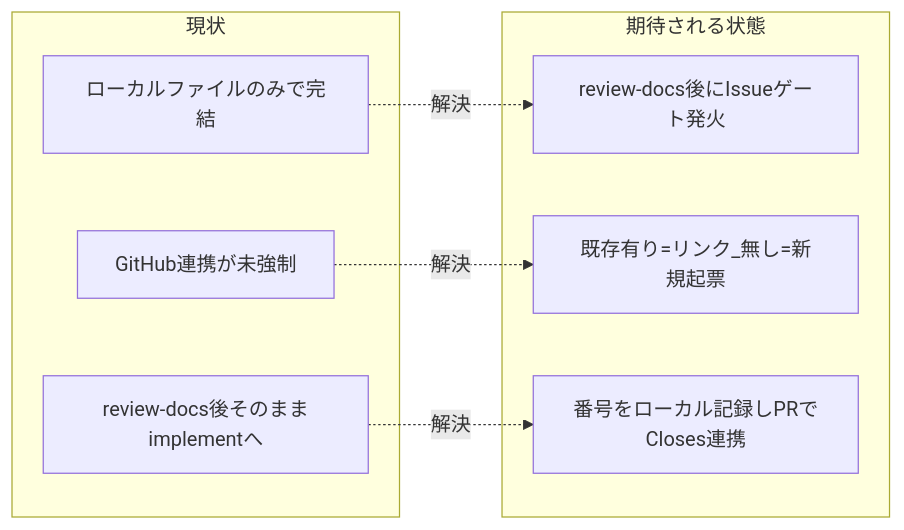
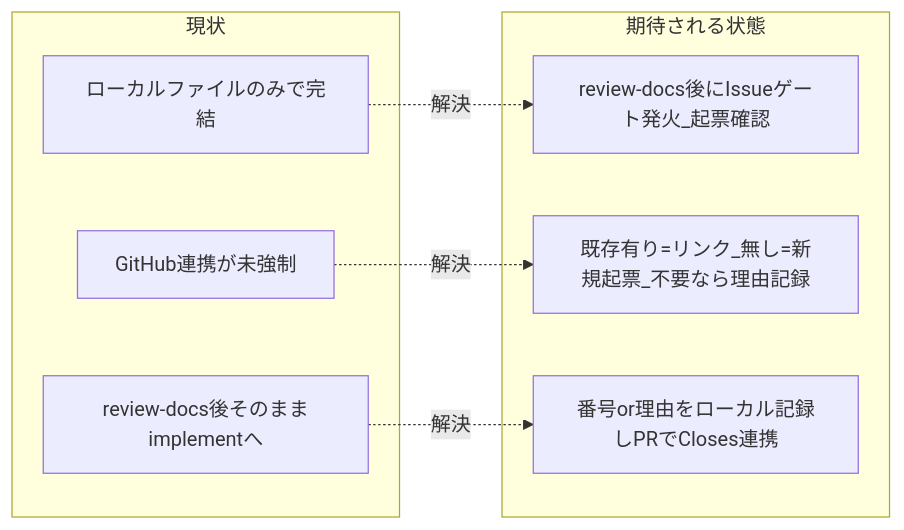
One commit to techbeansjp-free/AGENTS.md changed the second of 2 diagrams in docs/maintainer/workflow/20260712_175901_GitHubIssue起票ゲート追加/00_要求定義.md. Above: the diagram before and after it, drawn with Mermaid. The commit also changed other lines of this file and 11 other files, not shown here.

````diff
--- a/docs/maintainer/workflow/20260712_175901_GitHubIssue起票ゲート追加/00_要求定義.md
+++ b/docs/maintainer/workflow/20260712_175901_GitHubIssue起票ゲート追加/00_要求定義.md
@@ -91,18 +101,18 @@
 ```mermaid
 flowchart LR
     subgraph 現状["現状"]
         A1[ローカルファイルのみで完結]
         A2[GitHub連携が未強制]
         A3[review-docs後そのままimplementへ]
     end
 
     subgraph 期待される状態["期待される状態"]
-        B1[review-docs後にIssueゲート発火]
-        B2[既存有り=リンク_無し=新規起票]
-        B3[番号をローカル記録しPRでCloses連携]
+        B1[review-docs後にIssueゲート発火_起票確認]
+        B2[既存有り=リンク_無し=新規起票_不要なら理由記録]
+        B3[番号or理由をローカル記録しPRでCloses連携]
     end
 
     A1 -.->|解決| B1
     A2 -.->|解決| B2
     A3 -.->|解決| B3
 ```
````
